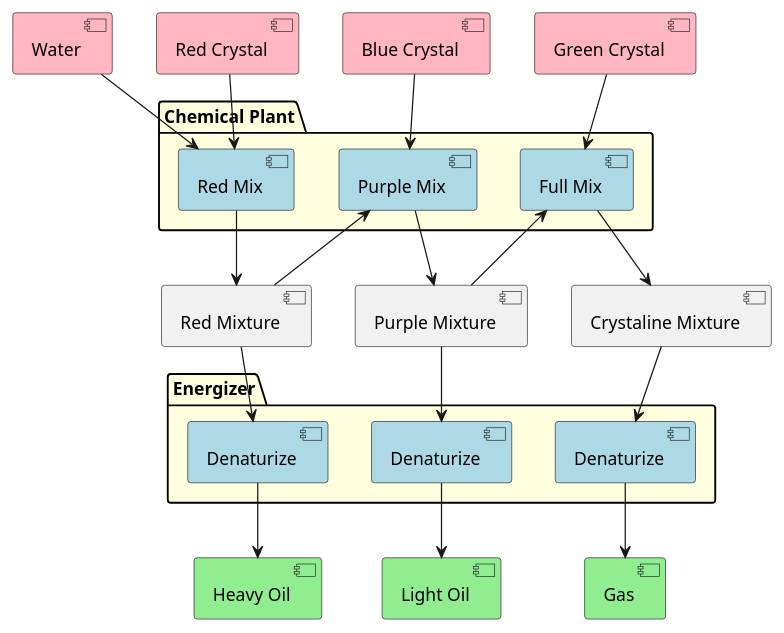
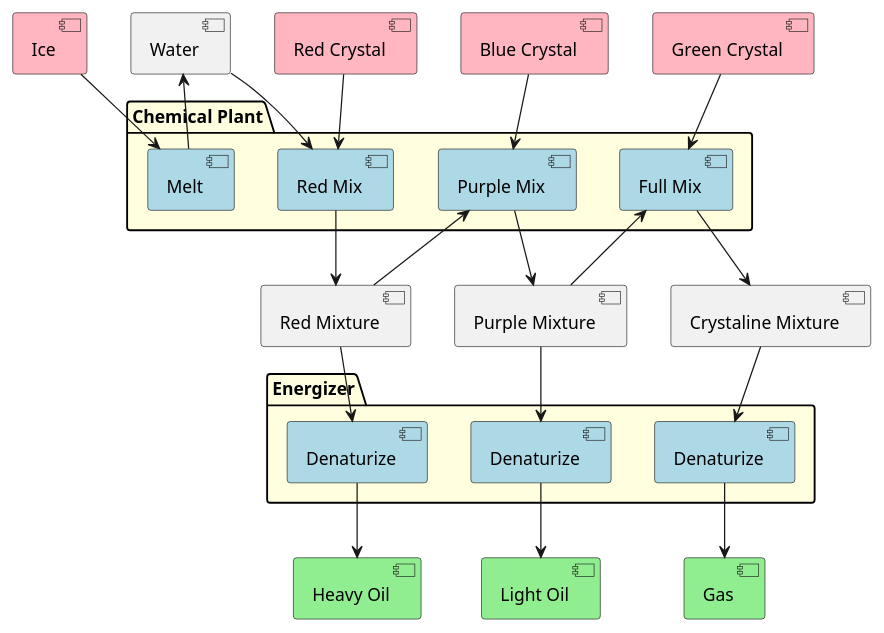
The diagram in Documentation/OilFlow.puml (Thomas-De-Praetere/CrystalMod), drawn with PlantUML before and after one commit. The commit also changed 5 other files, not shown here.

Commit message:
Updated readme Updated graphs accordingly

```diff
--- a/Documentation/OilFlow.puml
+++ b/Documentation/OilFlow.puml
@@ -1,53 +1,57 @@
 @startuml
 
 hide methods
 hide fields
 hide circle
 
-[Water] as W #lightpink
-[Red Mixture] as RM
-[Purple Mixture] as PM
-[Crystaline Mixture] as CM
+[Ice] as I #lightpink
+[Water] as W
 
 [Red Crystal] as RC #lightpink
 [Blue Crystal] as BC #lightpink
 [Green Crystal] as GC #lightpink
+
+[Red Mixture] as RM
+[Purple Mixture] as PM
+[Crystaline Mixture] as CM
 
 [Heavy Oil] as HO #lightgreen
 [Light Oil] as LO #lightgreen
 [Gas] as G #lightgreen
 
 package "Chemical Plant" #lightyellow {
 [Red Mix] as CPR #lightblue
 [Purple Mix] as CPB #lightblue
 [Full Mix] as CPG #lightblue
+[Melt] as Me #lightblue
 }
 
 package Energizer #lightyellow {
 [Denaturize] as HOP #lightblue
 [Denaturize] as LOP #lightblue
 [Denaturize] as GP #lightblue
 }
 
-
+I --> Me
+Me --> W
 W --> CPR
 RC --> CPR
 CPR --> RM
 
 RM --> CPB
 BC --> CPB
 CPB --> PM
 
 PM --> CPG
 GC --> CPG
 CPG --> CM
 
 RM --> HOP
 HOP --> HO
 
 PM --> LOP
 LOP --> LO
 
 CM --> GP
 GP --> G
 @enduml
```
